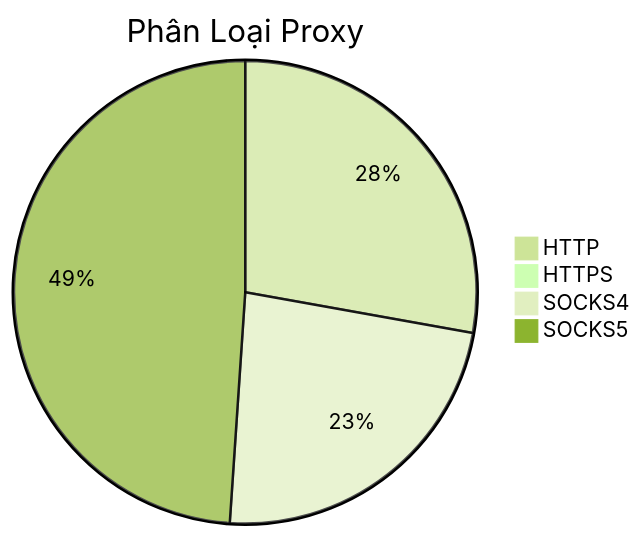
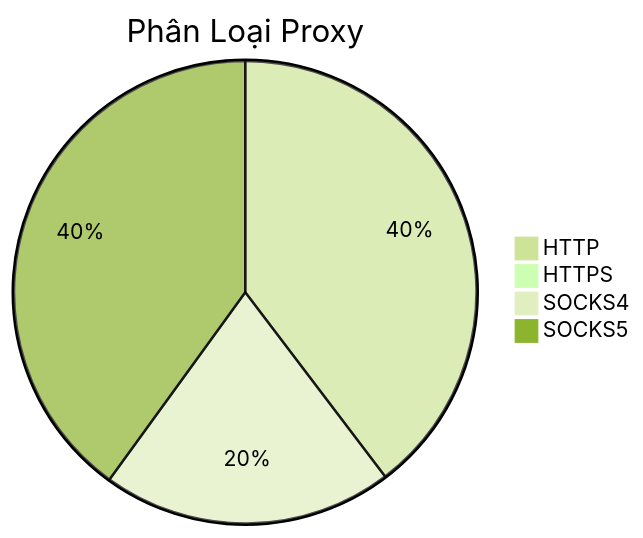
Before and after one commit to Ciara-Aa/PROXY-free: the diagram in README.md, drawn with Mermaid (forest theme). The commit also changed other lines of this file and 4 other files, not shown here.

````diff
--- a/README.md
+++ b/README.md
@@ -26,7 +26,7 @@
 ```mermaid
 pie title Phân Loại Proxy
-    "HTTP" : 352
+    "HTTP" : 681
     "HTTPS" : 2
-    "SOCKS4" : 294
-    "SOCKS5" : 619
+    "SOCKS4" : 349
+    "SOCKS5" : 687
 ```
````
